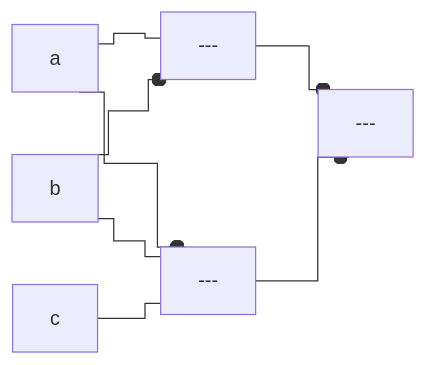
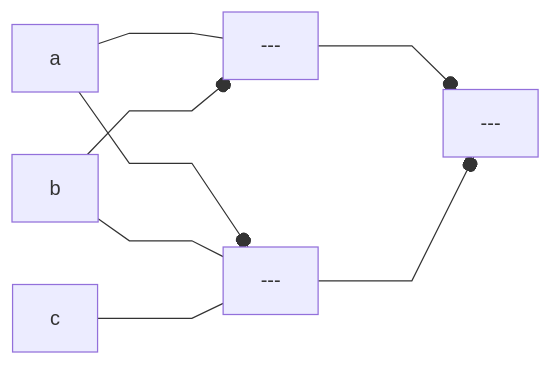
One commit to tnichols217/notes changed the diagram in CSDS 281 - Logic Design/HW/4.md. Above: the diagram before and after it, drawn with Mermaid.

Commit message:
vault backup: 2024-02-22 23:35:14

````diff
--- a/CSDS 281 - Logic Design/HW/4.md
+++ b/CSDS 281 - Logic Design/HW/4.md
@@ -83,9 +83,9 @@
 ```mermaid
-%%{ init: { 'flowchart': { 'curve': 'step' } } }%%
+%%{ init: { 'flowchart': { 'curve': 'linear' } } }%%
 flowchart LR
-a --- nor1[---]
-b --o nor1
-a --o nor2[---]
-b & c --- nor2
-nor1 & nor2 --o nor3[---]
+a ---- nor1[---]
+b ---o nor1
+a ---o nor2[---]
+b & c ---- nor2
+nor1 & nor2 ---o nor3[---]
 ```
````
